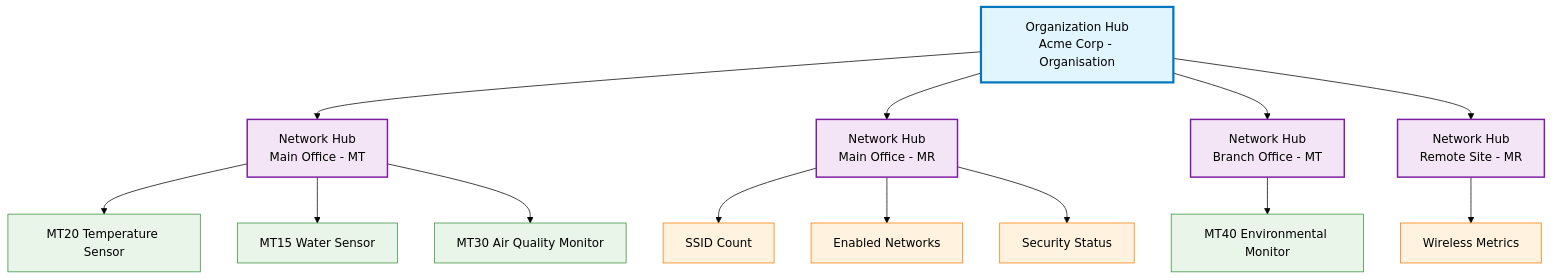
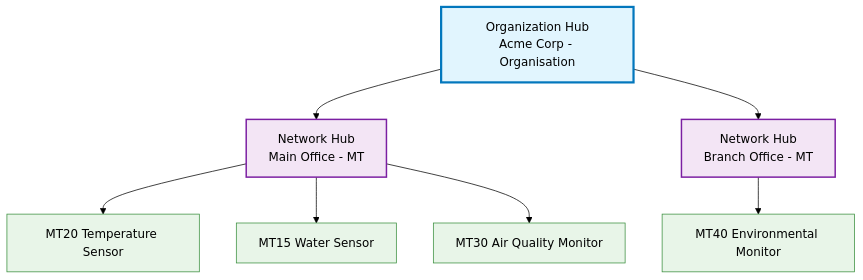
One commit to rknightion/meraki-dashboard-ha changed the second of 2 diagrams in docs/architecture.md. Above: the diagram before and after it, drawn with Mermaid (forest theme). The commit also changed other lines of this file and 79 other files, not shown here.

````diff
--- a/docs/architecture.md
+++ b/docs/architecture.md
@@ -28,29 +27,19 @@
 ```mermaid
 graph TB
     A["Organization Hub<br/>Acme Corp - Organisation"] --> B["Network Hub<br/>Main Office - MT"]
-    A --> C["Network Hub<br/>Main Office - MR"]
     A --> D["Network Hub<br/>Branch Office - MT"]
-    A --> E["Network Hub<br/>Remote Site - MR"]
 
     B --> F["MT20 Temperature Sensor"]
     B --> G["MT15 Water Sensor"]
     B --> H["MT30 Air Quality Monitor"]
 
-    C --> I["SSID Count"]
-    C --> J["Enabled Networks"]
-    C --> K["Security Status"]
-
     D --> L["MT40 Environmental Monitor"]
-
-    E --> M["Wireless Metrics"]
 
     classDef orgHub fill:#e1f5fe,stroke:#0277bd,stroke-width:3px
     classDef networkHub fill:#f3e5f5,stroke:#7b1fa2,stroke-width:2px
     classDef device fill:#e8f5e8,stroke:#388e3c,stroke-width:1px
-    classDef sensor fill:#fff3e0,stroke:#f57c00,stroke-width:1px
 
     class A orgHub
-    class B,C,D,E networkHub
+    class B,D networkHub
     class F,G,H,L device
-    class I,J,K,M sensor
 ```
````
